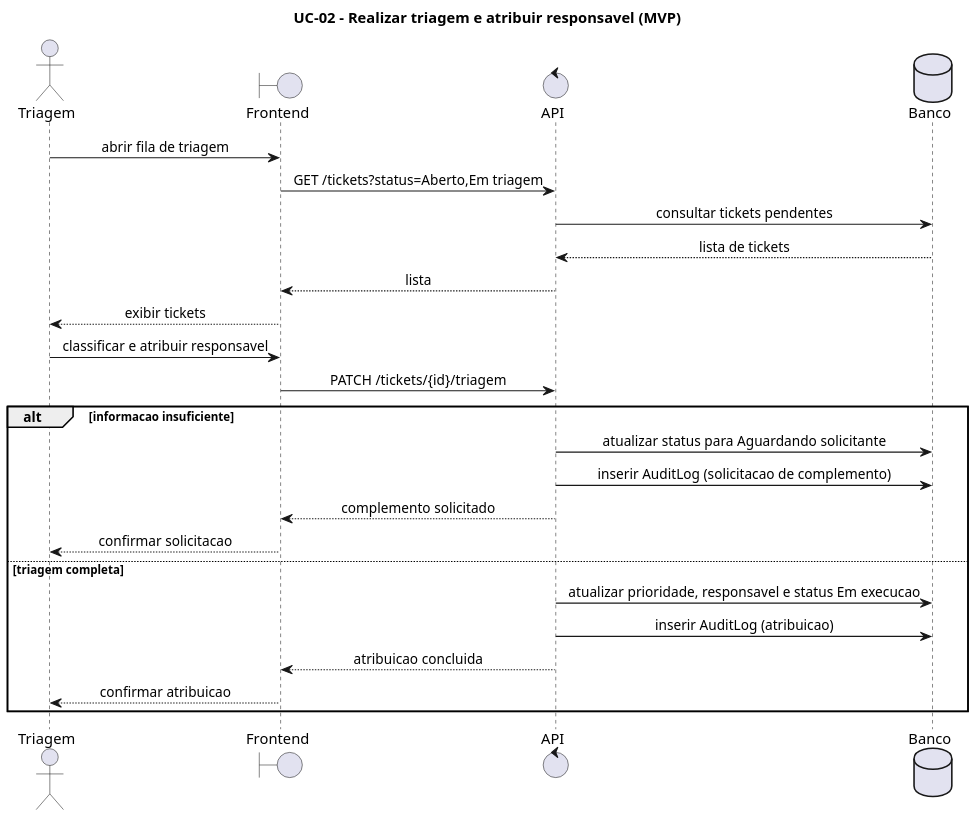
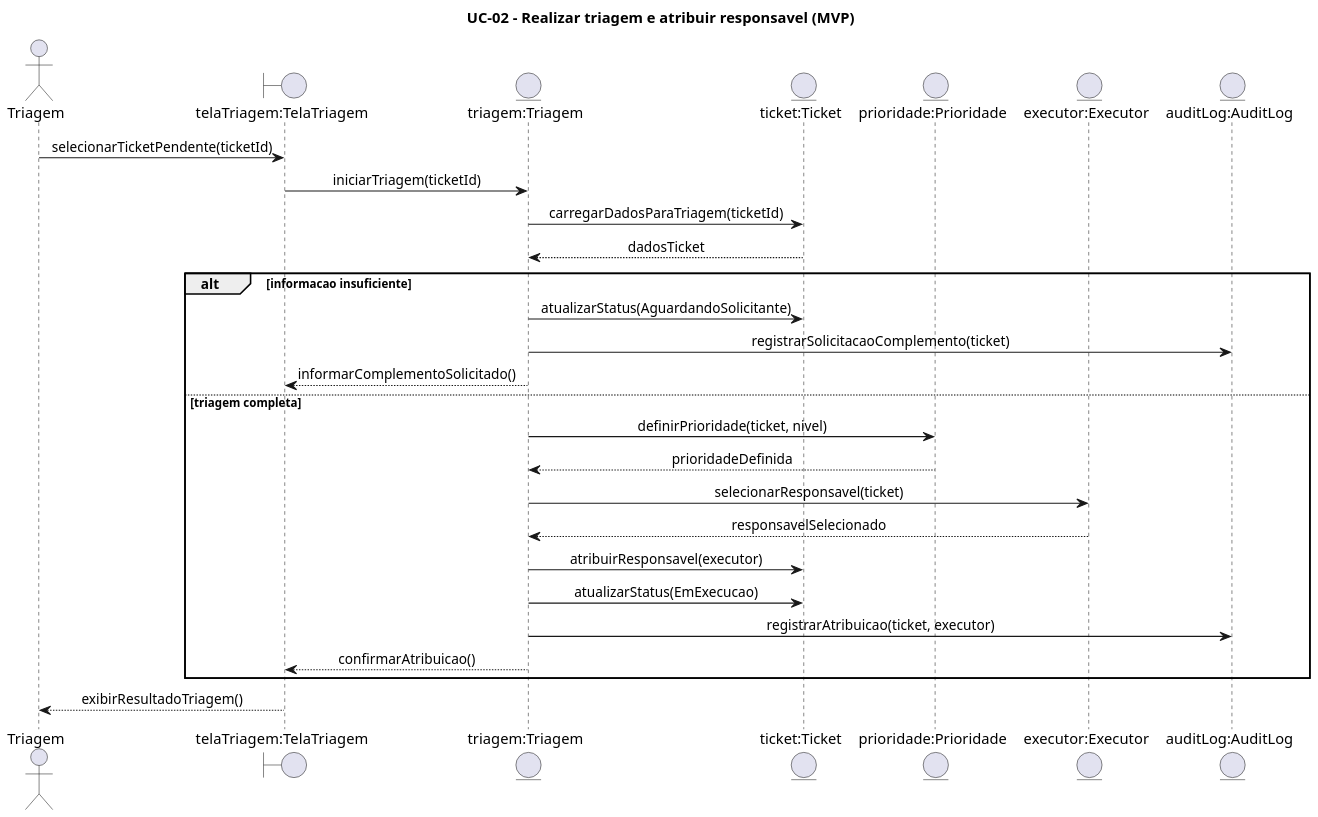
The diagram in docs/diagramas/diagrama-sequencia-uc02-triagem-atribuicao.puml (araujoviana/lab-eng-software-grupo10), drawn with PlantUML before and after one commit. The commit also changed 11 other files, not shown here.

```diff
--- a/docs/diagramas/diagrama-sequencia-uc02-triagem-atribuicao.puml
+++ b/docs/diagramas/diagrama-sequencia-uc02-triagem-atribuicao.puml
@@ -1,37 +1,40 @@
 @startuml
 skinparam shadowing false
 skinparam dpi 140
 skinparam sequenceMessageAlign center
 skinparam ParticipantPadding 20
 skinparam BoxPadding 10
 
 title UC-02 - Realizar triagem e atribuir responsavel (MVP)
 
-actor Triagem
-boundary Frontend
-control API
-database Banco
+actor AtorTriagem as "Triagem"
+boundary "telaTriagem:TelaTriagem" as Tela
+entity "triagem:Triagem" as Triagem
+entity "ticket:Ticket" as Ticket
+entity "prioridade:Prioridade" as Prioridade
+entity "executor:Executor" as Executor
+entity "auditLog:AuditLog" as AuditLog
 
-Triagem -> Frontend: abrir fila de triagem
-Frontend -> API: GET /tickets?status=Aberto,Em triagem
-API -> Banco: consultar tickets pendentes
-Banco --> API: lista de tickets
-API --> Frontend: lista
-Frontend --> Triagem: exibir tickets
-
-Triagem -> Frontend: classificar e atribuir responsavel
-Frontend -> API: PATCH /tickets/{id}/triagem
+AtorTriagem -> Tela: selecionarTicketPendente(ticketId)
+Tela -> Triagem: iniciarTriagem(ticketId)
+Triagem -> Ticket: carregarDadosParaTriagem(ticketId)
+Ticket --> Triagem: dadosTicket
 
 alt informacao insuficiente
-  API -> Banco: atualizar status para Aguardando solicitante
-  API -> Banco: inserir AuditLog (solicitacao de complemento)
-  API --> Frontend: complemento solicitado
-  Frontend --> Triagem: confirmar solicitacao
+  Triagem -> Ticket: atualizarStatus(AguardandoSolicitante)
+  Triagem -> AuditLog: registrarSolicitacaoComplemento(ticket)
+  Triagem --> Tela: informarComplementoSolicitado()
 else triagem completa
-  API -> Banco: atualizar prioridade, responsavel e status Em execucao
-  API -> Banco: inserir AuditLog (atribuicao)
-  API --> Frontend: atribuicao concluida
-  Frontend --> Triagem: confirmar atribuicao
+  Triagem -> Prioridade: definirPrioridade(ticket, nivel)
+  Prioridade --> Triagem: prioridadeDefinida
+  Triagem -> Executor: selecionarResponsavel(ticket)
+  Executor --> Triagem: responsavelSelecionado
+  Triagem -> Ticket: atribuirResponsavel(executor)
+  Triagem -> Ticket: atualizarStatus(EmExecucao)
+  Triagem -> AuditLog: registrarAtribuicao(ticket, executor)
+  Triagem --> Tela: confirmarAtribuicao()
 end
 
+Tela --> AtorTriagem: exibirResultadoTriagem()
+
 @enduml
```
